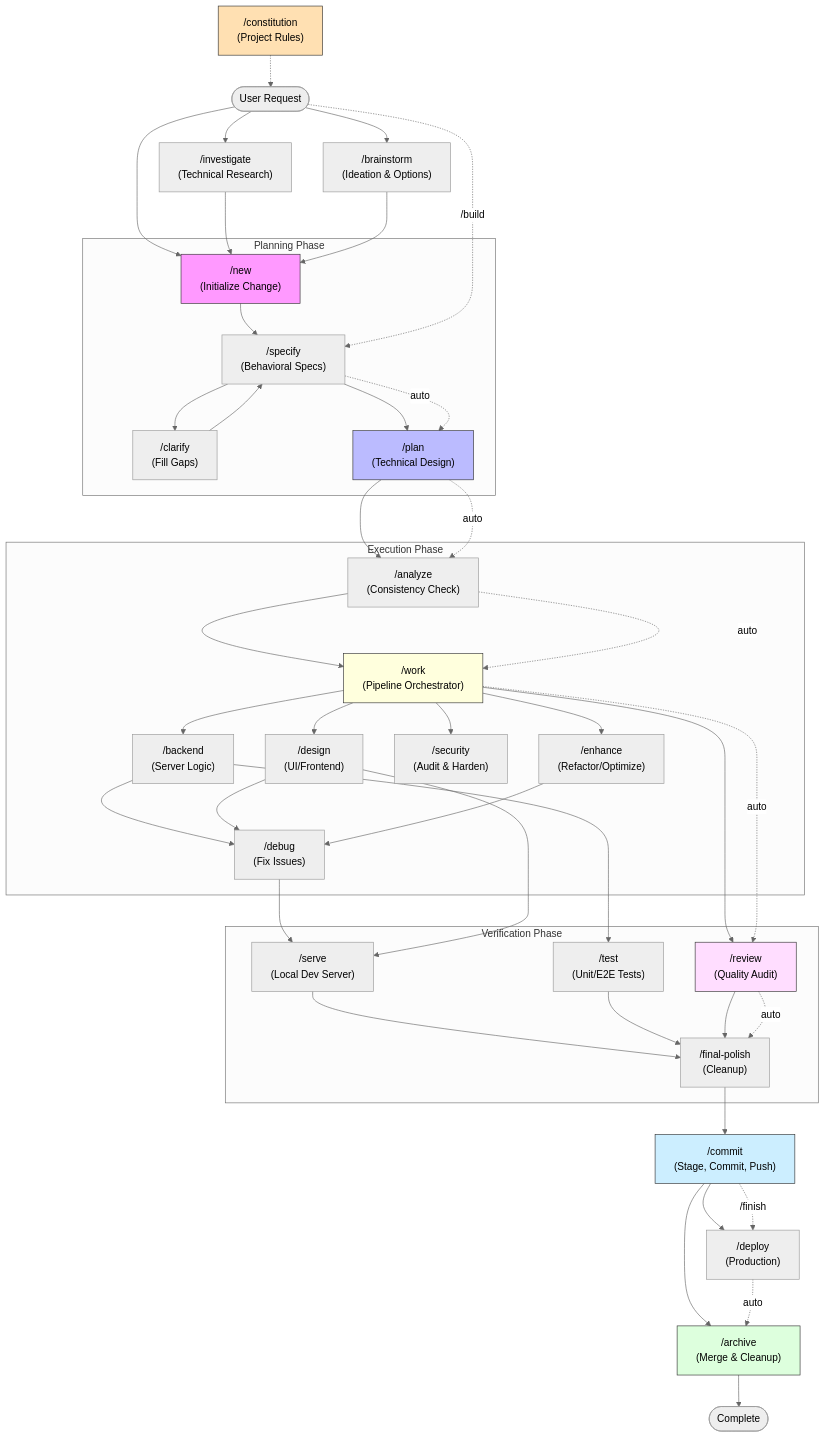
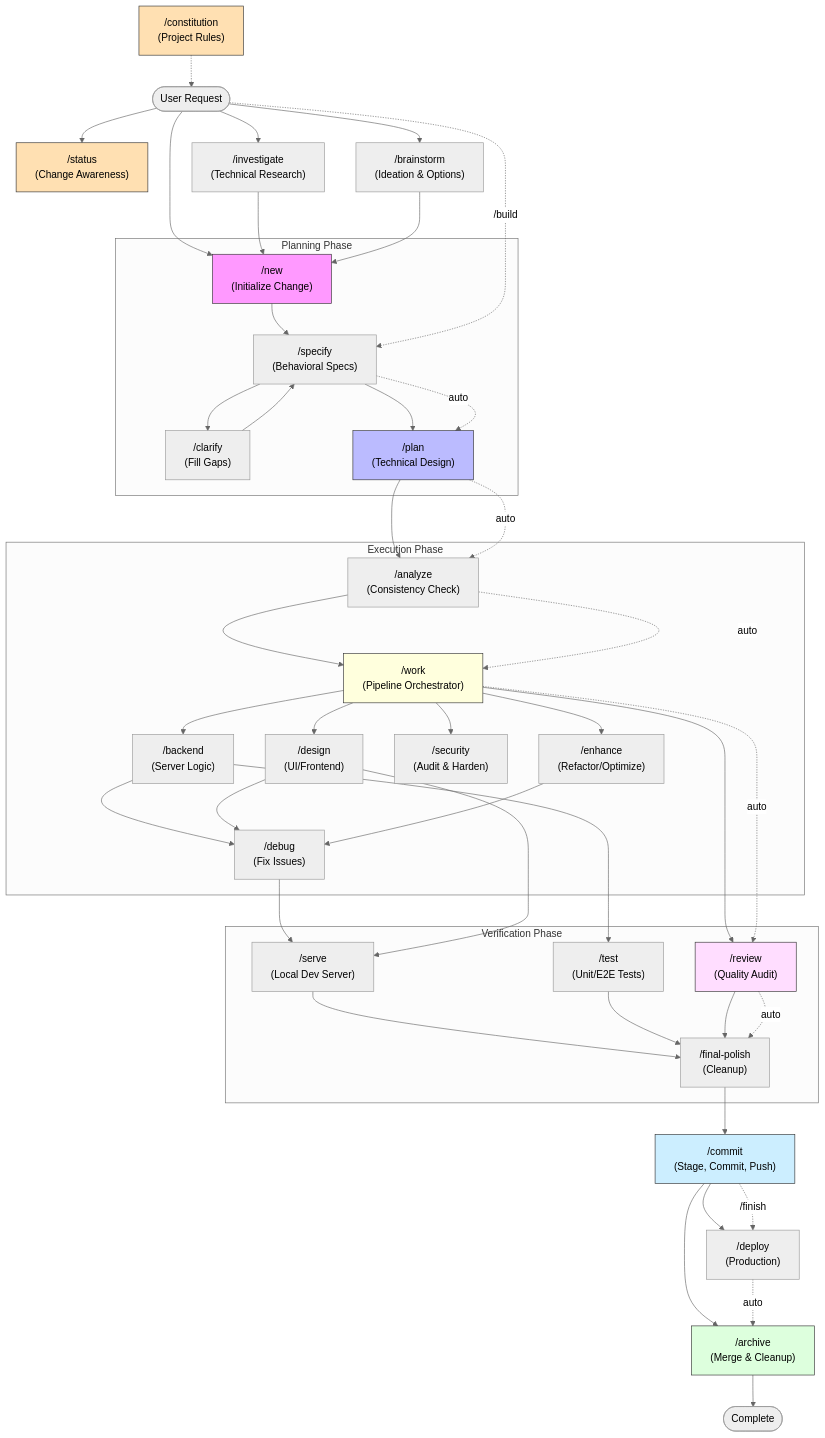
Before and after one commit to Ippollo/Specwright: the diagram in docs/PROJECT_LIFECYCLE.md, drawn with Mermaid (neutral theme). The commit also changed other lines of this file and 10 other files, not shown here.

````diff
--- a/docs/PROJECT_LIFECYCLE.md
+++ b/docs/PROJECT_LIFECYCLE.md
@@ -7,70 +7,72 @@
 ```mermaid
 graph TD
     %% Governance
     Constitution["/constitution<br/>(Project Rules)"] -.-> Start
 
     %% Entry Points
-    Start([User Request]) --> Investigate["/investigate<br/>(Technical Research)"]
+    Start([User Request]) --> Status["/status<br/>(Change Awareness)"]
+    Start --> Investigate["/investigate<br/>(Technical Research)"]
     Start --> Brainstorm["/brainstorm<br/>(Ideation & Options)"]
     Start --> New["/new<br/>(Initialize Change)"]
 
     %% Planning Flow
     Investigate --> New
     Brainstorm --> New
 
     subgraph "Planning Phase"
         New --> Specify["/specify<br/>(Behavioral Specs)"]
         Specify --> Clarify["/clarify<br/>(Fill Gaps)"]
         Clarify --> Specify
         Specify --> Plan["/plan<br/>(Technical Design)"]
     end
 
     %% Execution Phase
     subgraph "Execution Phase"
         Plan --> Analyze["/analyze<br/>(Consistency Check)"]
         Analyze --> Work["/work<br/>(Pipeline Orchestrator)"]
         Work --> Backend["/backend<br/>(Server Logic)"]
         Work --> Design["/design<br/>(UI/Frontend)"]
         Work --> Security["/security<br/>(Audit & Harden)"]
         Work --> Enhance["/enhance<br/>(Refactor/Optimize)"]
 
         Backend --> Debug["/debug<br/>(Fix Issues)"]
         Design --> Debug
         Enhance --> Debug
     end
 
     %% Verification & Completion
     subgraph "Verification Phase"
         Debug --> Serve["/serve<br/>(Local Dev Server)"]
         Backend --> Test["/test<br/>(Unit/E2E Tests)"]
         Design --> Serve
         Work --> Review["/review<br/>(Quality Audit)"]
         Serve --> Final["/final-polish<br/>(Cleanup)"]
         Test --> Final
         Review --> Final
     end
 
     Final --> Commit["/commit<br/>(Stage, Commit, Push)"]
     Commit --> Deploy["/deploy<br/>(Production)"]
     Commit --> Archive["/archive<br/>(Merge & Cleanup)"]
     Archive --> End([Complete])
 
     %% Mega-workflows
     Start -. "/build" .-> Specify
     Specify -. auto .-> Plan
     Plan -. auto .-> Analyze
     Analyze -. auto .-> Work
     Work -. auto .-> Review
     Review -. auto .-> Final
     Commit -. "/finish" .-> Deploy
     Deploy -. auto .-> Archive
 
     %% Styling
     style Constitution fill:#ffe0b2,stroke:#333
+    style Status fill:#ffe0b2,stroke:#333
     style Work fill:#ffd,stroke:#333
     style New fill:#f9f,stroke:#333
     style Archive fill:#dfd,stroke:#333
     style Commit fill:#cef,stroke:#333
     style Plan fill:#bbf,stroke:#333
     style Review fill:#fdf,stroke:#333
 ```
````
